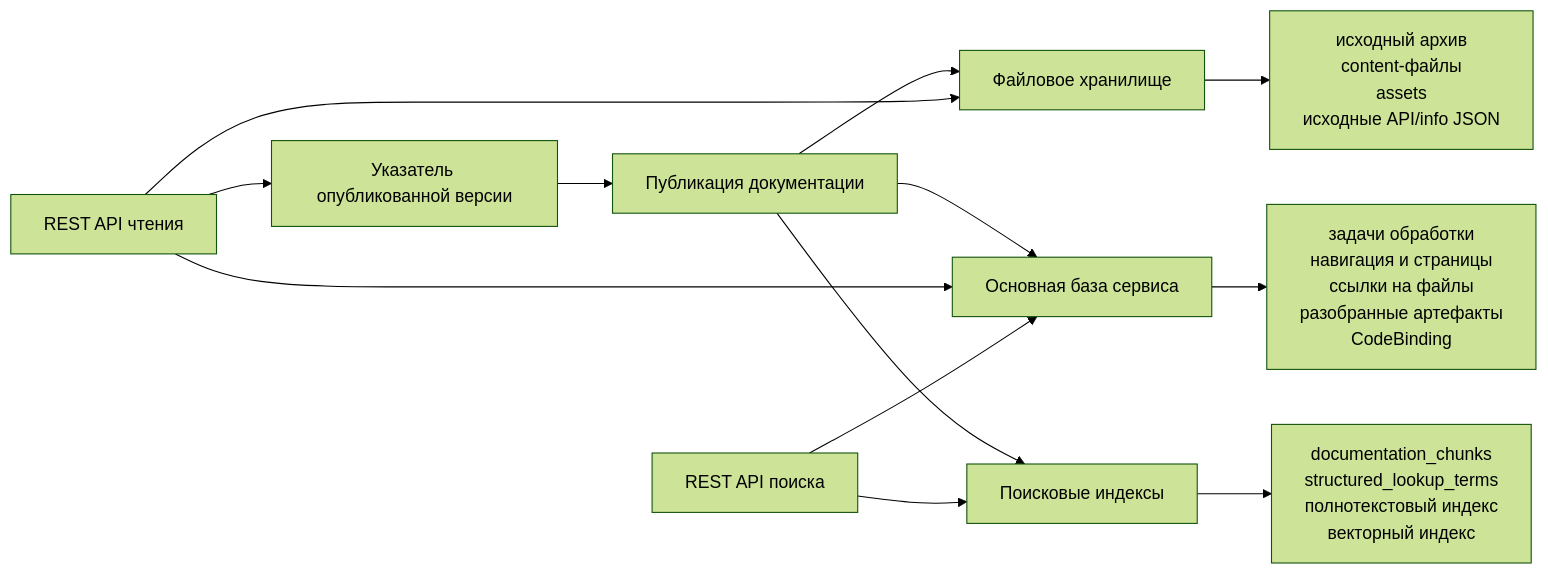
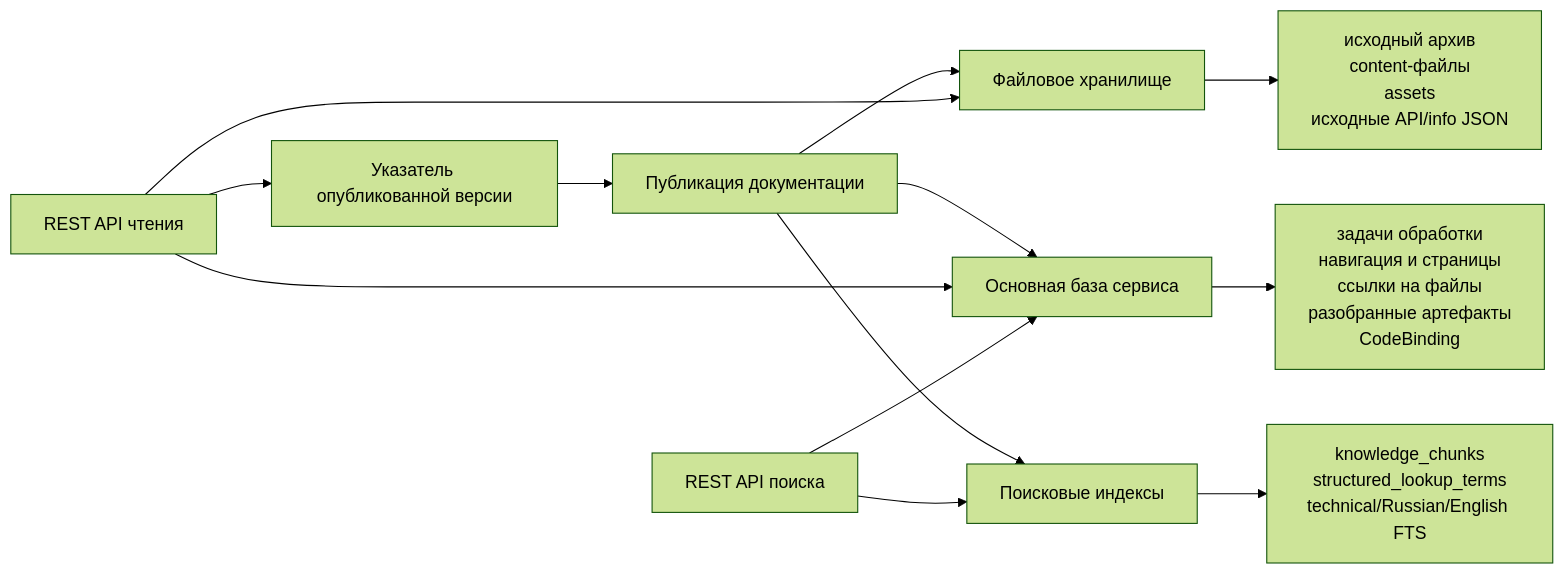
Before and after one commit to salute-developers/design-system-builder: the third of 6 diagrams in openspec/architecture/ADR-0002-documentation.md, drawn with Mermaid (forest theme). The commit also changed other lines of this file and 201 other files, not shown here.

````diff
--- a/openspec/architecture/ADR-0002-documentation.md
+++ b/openspec/architecture/ADR-0002-documentation.md
@@ -200,25 +198,25 @@
 ```mermaid
 flowchart LR
     Publication["Публикация документации"]
 
     FileStore["Файловое хранилище"]
     MainDb["Основная база сервиса"]
     SearchStore["Поисковые индексы"]
     Pointer["Указатель опубликованной версии"]
 
     Publication --> FileStore
     Publication --> MainDb
     Publication --> SearchStore
     Pointer --> Publication
 
     FileStore --> FileStoreData["исходный архив\ncontent-файлы\nassets\nисходные API/info JSON"]
     MainDb --> MainDbData["задачи обработки\nнавигация и страницы\nссылки на файлы\nразобранные артефакты\nCodeBinding"]
-    SearchStore --> SearchStoreData["documentation_chunks\nstructured_lookup_terms\nполнотекстовый индекс\nвекторный индекс"]
+    SearchStore --> SearchStoreData["knowledge_chunks\nstructured_lookup_terms\ntechnical/Russian/English FTS"]
 
     ReadApi["REST API чтения"] --> Pointer
     ReadApi --> MainDb
     ReadApi --> FileStore
 
     SearchApi["REST API поиска"] --> MainDb
     SearchApi --> SearchStore
 ```
````
